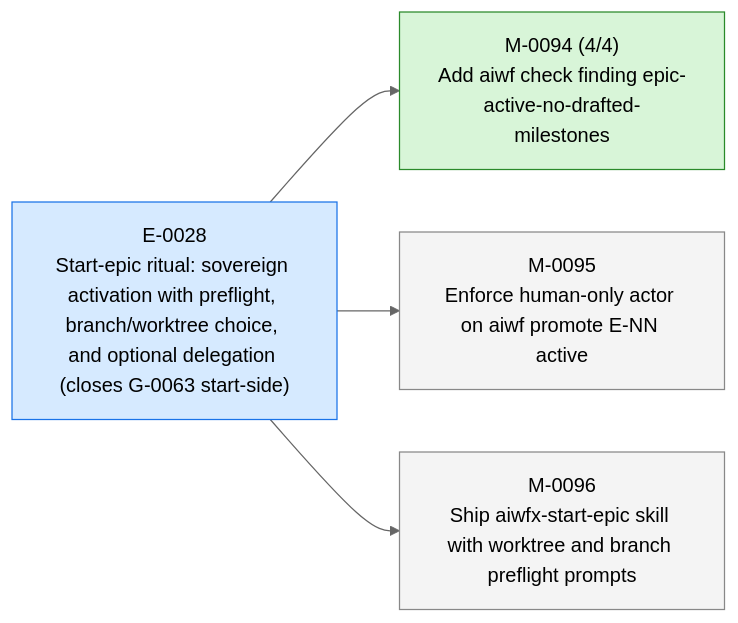
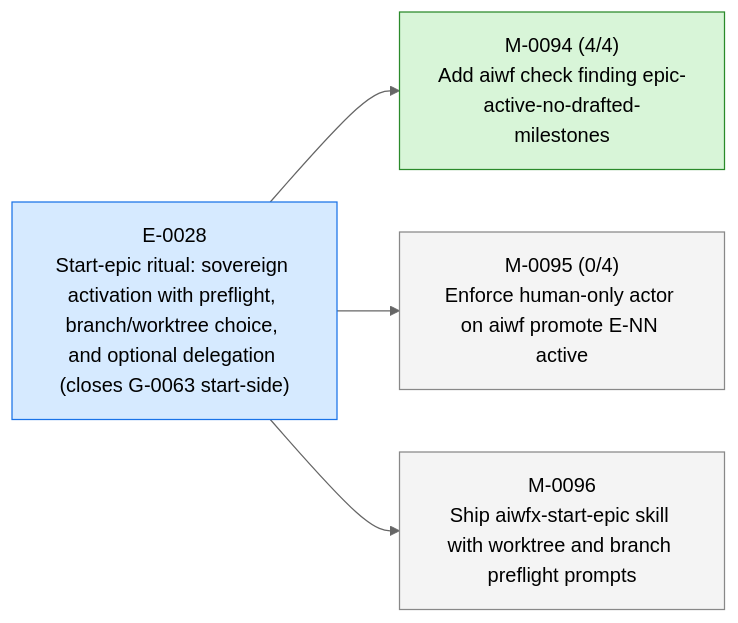
Before and after one commit to 23min/aiwf: the first of 3 diagrams in STATUS.md, drawn with Mermaid (neutral theme). The commit also changed other lines of this file and 1 other file, not shown here.

First line of the commit message:
aiwf add ac M-0095 AC-1..AC-4 (4 criteria)

````diff
--- a/STATUS.md
+++ b/STATUS.md
@@ -15,16 +15,16 @@
 ```mermaid
 flowchart LR
   E_0028["E-0028<br/>Start-epic ritual: sovereign activation with preflight, branch/worktree choice, and optional delegation (closes G-0063 start-side)"]:::epic_active
   M_0094["M-0094 (4/4)<br/>Add aiwf check finding epic-active-no-drafted-milestones"]:::ms_done
   E_0028 --> M_0094
-  M_0095["M-0095<br/>Enforce human-only actor on aiwf promote E-NN active"]:::ms_draft
+  M_0095["M-0095 (0/4)<br/>Enforce human-only actor on aiwf promote E-NN active"]:::ms_draft
   E_0028 --> M_0095
   M_0096["M-0096<br/>Ship aiwfx-start-epic skill with worktree and branch preflight prompts"]:::ms_draft
   E_0028 --> M_0096
   classDef epic_active fill:#d6eaff,stroke:#1a73e8,color:#000
   classDef epic_proposed fill:#f4f4f4,stroke:#888,color:#000
   classDef ms_done fill:#d8f5d8,stroke:#2a8a2a,color:#000
   classDef ms_in_progress fill:#fff3c4,stroke:#caa400,color:#000
   classDef ms_draft fill:#f4f4f4,stroke:#888,color:#000
   classDef ms_cancelled fill:#fbeaea,stroke:#c33,color:#000
 ```
````
